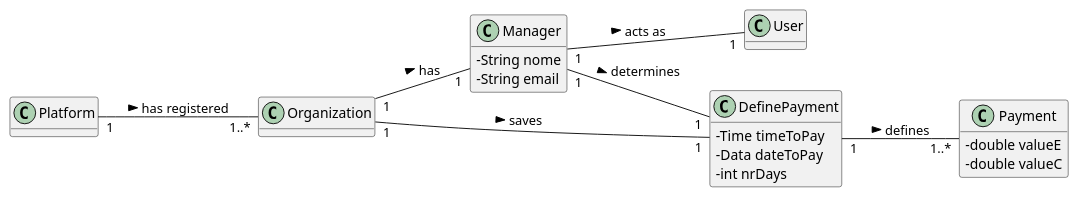
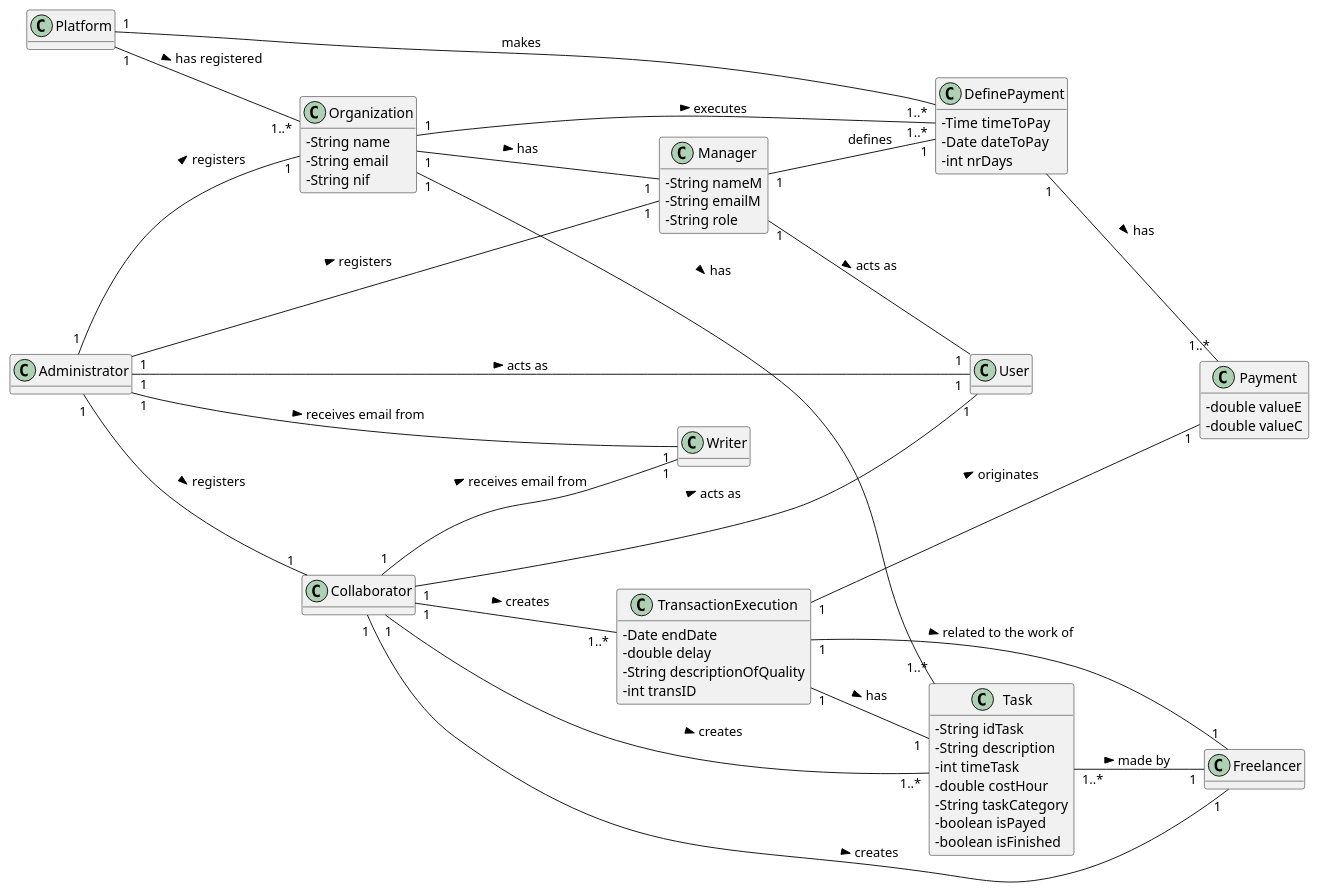
One commit to 1190452/LAPR2 changed the diagram in docs/UC6 - Define Payment hour/UC6_MD.puml. Above: the diagram before and after it, drawn with PlantUML. The commit also changed 3 other files, not shown here.

```diff
--- a/docs/UC6 - Define Payment hour/UC6_MD.puml
+++ b/docs/UC6 - Define Payment hour/UC6_MD.puml
@@ -1,42 +1,107 @@
 @startuml
 skinparam classAttributeIconSize 0
 hide methods
 left to right direction
 
+class Platform{
+}
 
 
+class Organization {
+  -String name
+  -String email
+  -String nif
+}
+
+class Task {
+  -String idTask
+  -String description
+  -int timeTask
+  -double costHour
+  -String taskCategory
+  -boolean isPayed
+  -boolean isFinished
+}
+
 class Manager {
-  -String nome
-  -String email
+  -String nameM
+  -String emailM
+  -String role
 }
 
 class User {
 }
+
+class TransactionExecution {
+  -Date endDate
+  -double delay
+  -String descriptionOfQuality
+  -int transID
+}
+
 
 
 
 class Payment{
   -double valueE
   -double valueC
 }
 
 class DefinePayment{
   -Time timeToPay
-  -Data dateToPay
+  -Date dateToPay
   -int nrDays
-}
+  }
 
 
 
+
+Task "1..*" -- "1" Freelancer: made by >
+
+
 Platform "1" -- "1..*" Organization: has registered >
+Platform "1" -- "1..*" DefinePayment : makes
 
 Organization "1" -- "1" Manager: has >
-Organization "1" -- "1" DefinePayment: saves >
+Organization "1" -- "1..*" Task: has >
+Organization "1" -- "1..*" DefinePayment: executes >
 
 Manager "1" -- "1" User: acts as >
-Manager "1" -- "1" DefinePayment: determines >
+Manager "1" -- "1" DefinePayment: defines
+
+Administrator "1" -- "1" Organization: registers >
+Administrator "1" -- "1" User: acts as >
+Administrator "1" -- "1" Collaborator: registers >
+Administrator "1" -- "1" Manager: registers >
+Administrator "1" -- "1" Writer: receives email from >
 
 
-DefinePayment "1" -- "1..*" Payment: defines > 
+
+
+
+TransactionExecution "1" -- "1" Task : has >
+TransactionExecution "1" -- "1" Freelancer: related to the work of >
+TransactionExecution "1" -- "1" Payment : originates >
+
+DefinePayment "1" -- "1..*" Payment: has >
+
+
+
+
+
+
+Collaborator "1" -- "1" Freelancer: creates >
+Collaborator "1" -- "1..*" Task: creates >
+Collaborator "1" -- "1..*" TransactionExecution: creates >
+Collaborator "1" -- "1" User: acts as >
+Collaborator "1" -- "1" Writer: receives email from >
+
+
+
+
+
+
+
+
 
 @enduml
```
